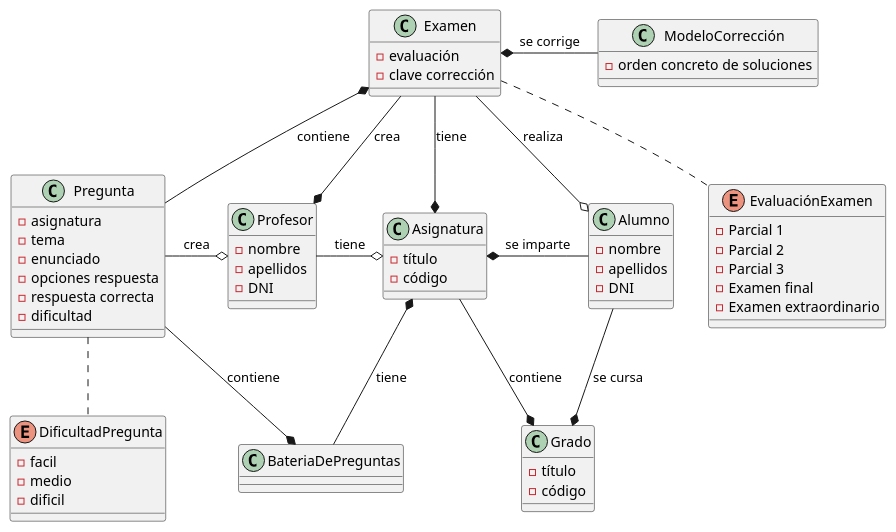
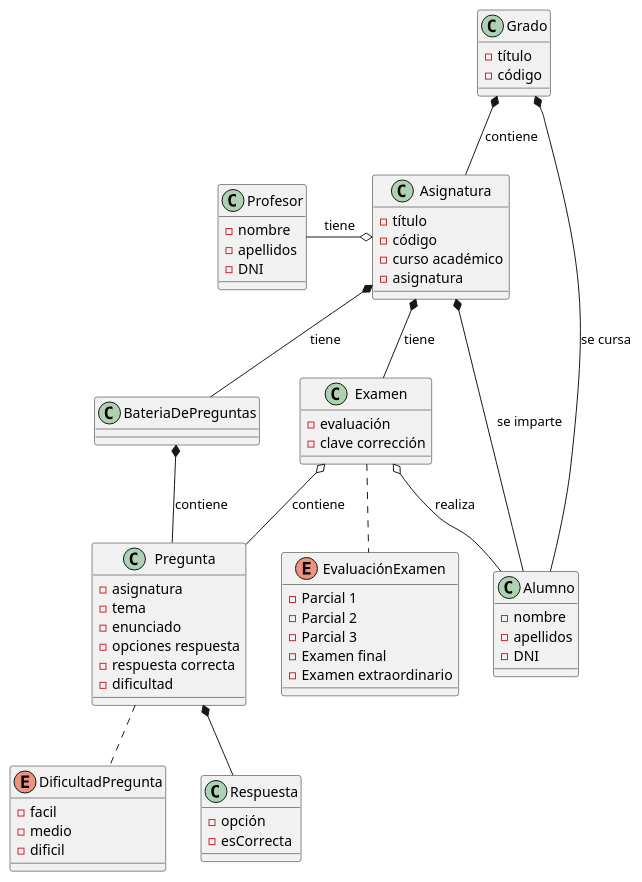
One commit to martinlopez7/25-26-IdSw1-SdR changed the diagram in documents/modelos/diagramas/diagramaEntidad/diagramaEntidad.puml. Above: the diagram before and after it, drawn with PlantUML. The commit also changed 1 other file, not shown here.

Commit message:
fix(mdd): Cambio de jerarquía y nueva entidad Respuesta

```diff
--- a/documents/modelos/diagramas/diagramaEntidad/diagramaEntidad.puml
+++ b/documents/modelos/diagramas/diagramaEntidad/diagramaEntidad.puml
@@ -1,66 +1,66 @@
 @startuml
-
 class Examen{
  - evaluación
  - clave corrección
 }
 class Asignatura{
  - título
  - código
+ - curso académico
+ - asignatura
 }
 class Pregunta{
  - asignatura
  - tema
  - enunciado
  - opciones respuesta
  - respuesta correcta
  - dificultad
 }
 class BateriaDePreguntas{
-}
-class ModeloCorrección{
- - orden concreto de soluciones
 }
 class Grado{
  - título
  - código
 }
 class Profesor{
  - nombre
  - apellidos
  - DNI
 }
 class Alumno{
  - nombre
  - apellidos
  - DNI
 }
 enum EvaluaciónExamen{
  - Parcial 1
  - Parcial 2
  - Parcial 3
  - Examen final
  - Examen extraordinario
 }
 enum DificultadPregunta{
  - facil
  - medio
  - dificil
 }
 
+class Respuesta{
+ - opción
+ - esCorrecta
+}
+
+Respuesta -u-* Pregunta
+Pregunta .. DificultadPregunta
+Pregunta -u-o Examen : contiene
+Pregunta -u-* BateriaDePreguntas : contiene
 Examen .. EvaluaciónExamen
-Pregunta -u-* Examen : contiene
-Pregunta .. DificultadPregunta
-Examen *-r- ModeloCorrección : se corrige
-Profesor o-l- Pregunta : crea
-Profesor *-u- Examen : crea
-Asignatura *-- BateriaDePreguntas : tiene
-BateriaDePreguntas *-u- Pregunta : contiene
-Asignatura *-u- Examen : tiene 
-Asignatura o-l- Profesor : tiene  
-Grado *-u- Asignatura: contiene 
-Alumno o-u- Examen : realiza 
-Asignatura *-r- Alumno : se imparte 
-Grado *-u- Alumno : se cursa
-
+BateriaDePreguntas -u-* Asignatura : tiene
+Examen -u-* Asignatura : tiene
+Profesor -r-o Asignatura : tiene
+Asignatura -u-* Grado : contiene
+Alumno -u-o Examen : realiza
+Alumno -u-* Asignatura : se imparte
+Alumno -u-* Grado : se cursa
 @enduml
```
